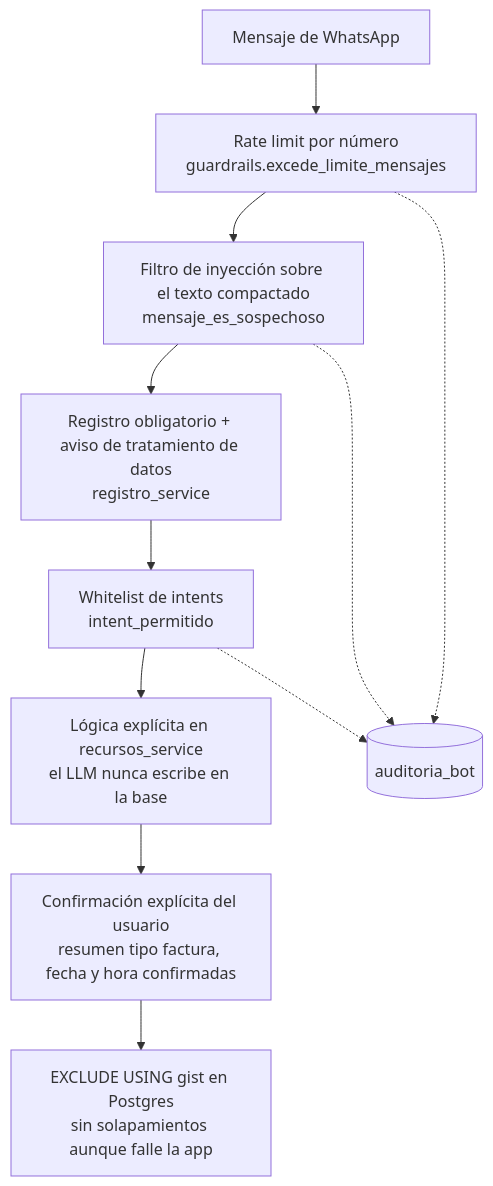
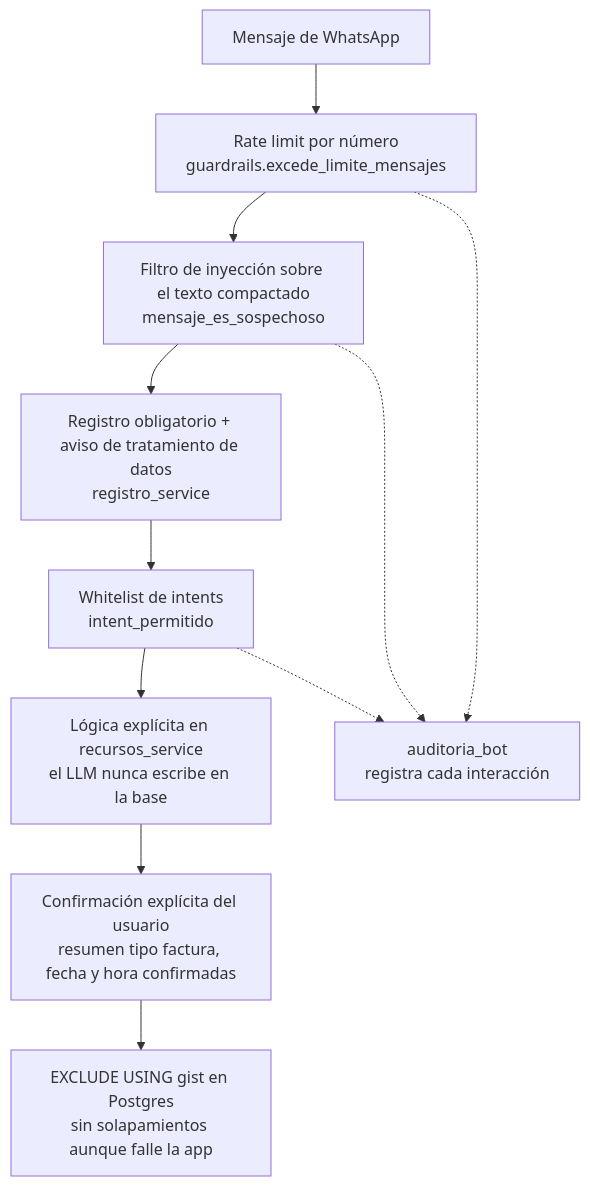
The first of 5 diagrams in docs/SEGURIDAD.md (habiddd/wasa), drawn with Mermaid before and after one commit. The commit also changed other lines of this file and 1 other file, not shown here.

Commit message:
feat: enhance architecture and security documentation with detailed flowcharts and data models

````diff
--- a/docs/SEGURIDAD.md
+++ b/docs/SEGURIDAD.md
@@ -5,11 +5,14 @@
 ```mermaid
 flowchart TD
     W[Mensaje de WhatsApp] --> RL["Rate limit por número<br/>guardrails.excede_limite_mensajes"]
     RL --> PI["Filtro de inyección sobre el texto compactado<br/>mensaje_es_sospechoso"]
     PI --> REG["Registro obligatorio + aviso de tratamiento de datos<br/>registro_service"]
     REG --> WL["Whitelist de intents<br/>intent_permitido"]
     WL --> BL["Lógica explícita en recursos_service<br/>el LLM nunca escribe en la base"]
     BL --> CF["Confirmación explícita del usuario<br/>resumen tipo factura, fecha y hora confirmadas"]
     CF --> EX["EXCLUDE USING gist en Postgres<br/>sin solapamientos aunque falle la app"]
-    RL & PI & WL -.-> AU[("auditoria_bot")]
+    AU["auditoria_bot<br/>registra cada interacción"]
+    RL -.-> AU
+    PI -.-> AU
+    WL -.-> AU
 ```
````
